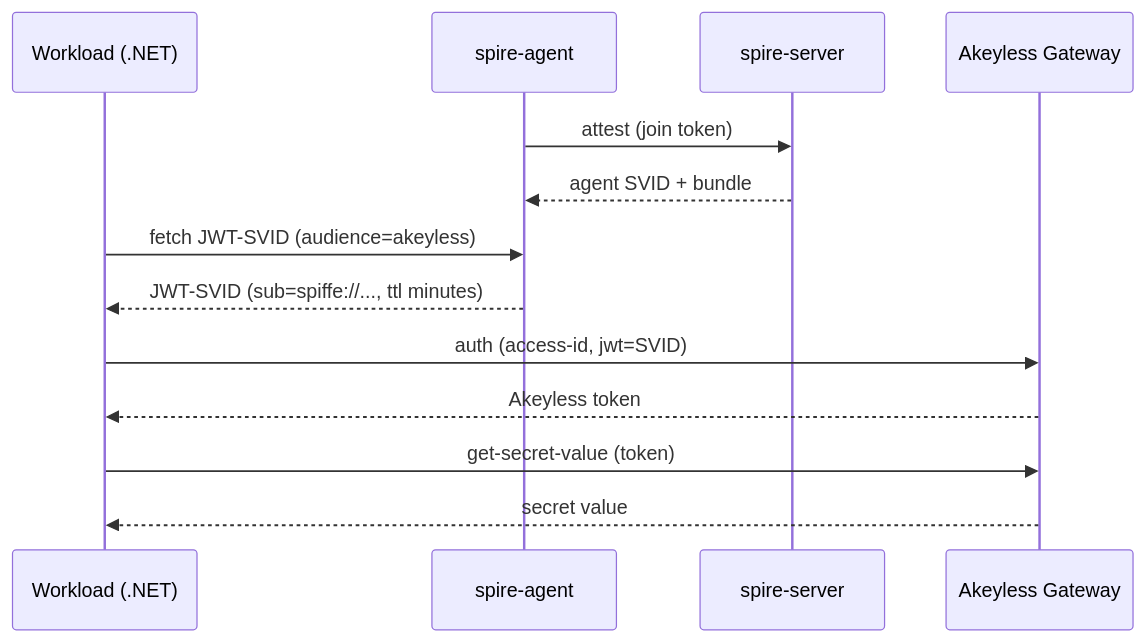
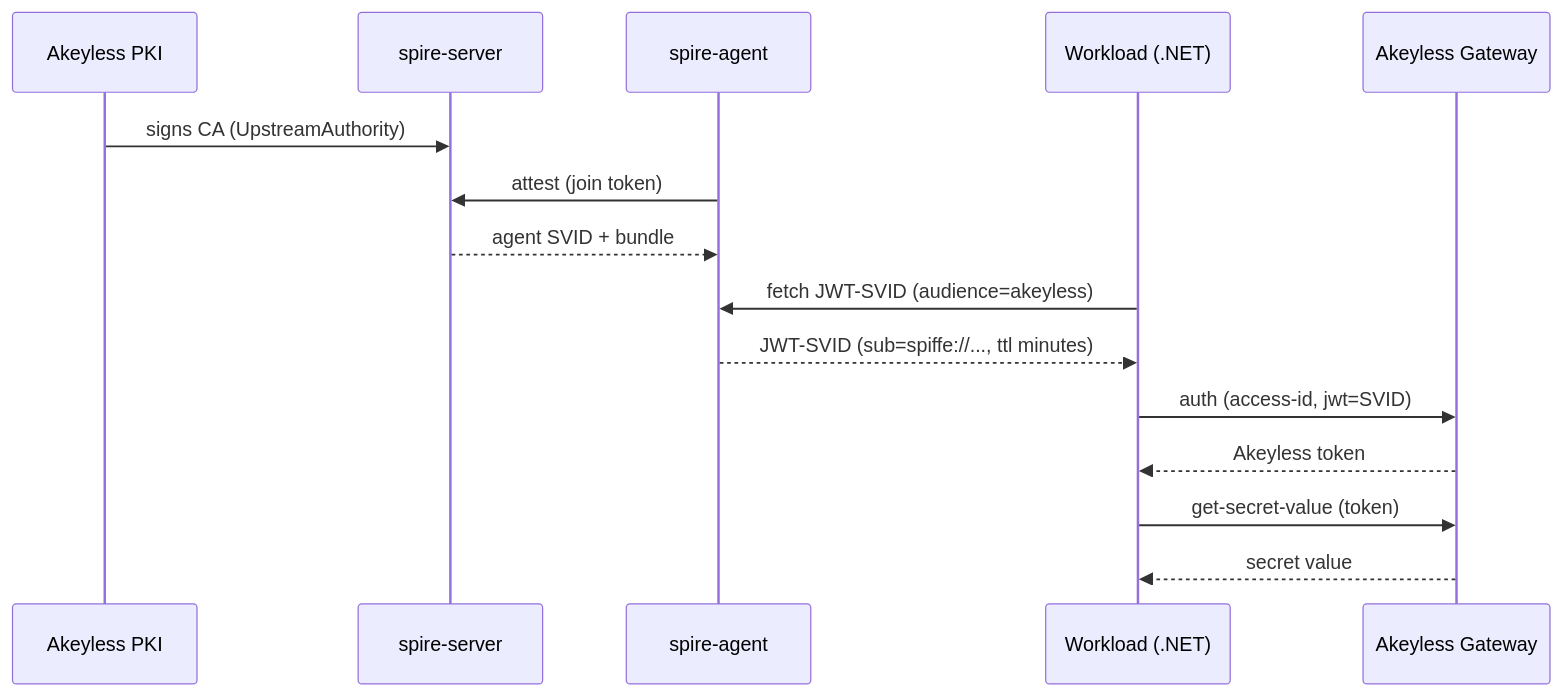
The diagram in README.md (Fahmy-Kadiri-akl/akeyless-spiffe-runtime-auth), drawn with Mermaid before and after one commit. The commit also changed other lines of this file and 8 other files, not shown here.

First line of the commit message:
Prune filler, fix false claims, update diagram, relocate cloud note (#22)

````diff
--- a/README.md
+++ b/README.md
@@ -25,15 +23,17 @@
 ```mermaid
 sequenceDiagram
+    participant PKI as Akeyless PKI
+    participant Server as spire-server
+    participant Agent as spire-agent
     participant App as Workload (.NET)
-    participant Agent as spire-agent
-    participant Server as spire-server
     participant AKL as Akeyless Gateway
+    PKI->>Server: signs CA (UpstreamAuthority)
     Agent->>Server: attest (join token)
     Server-->>Agent: agent SVID + bundle
     App->>Agent: fetch JWT-SVID (audience=akeyless)
     Agent-->>App: JWT-SVID (sub=spiffe://..., ttl minutes)
     App->>AKL: auth (access-id, jwt=SVID)
     AKL-->>App: Akeyless token
     App->>AKL: get-secret-value (token)
     AKL-->>App: secret value
 ```
````
